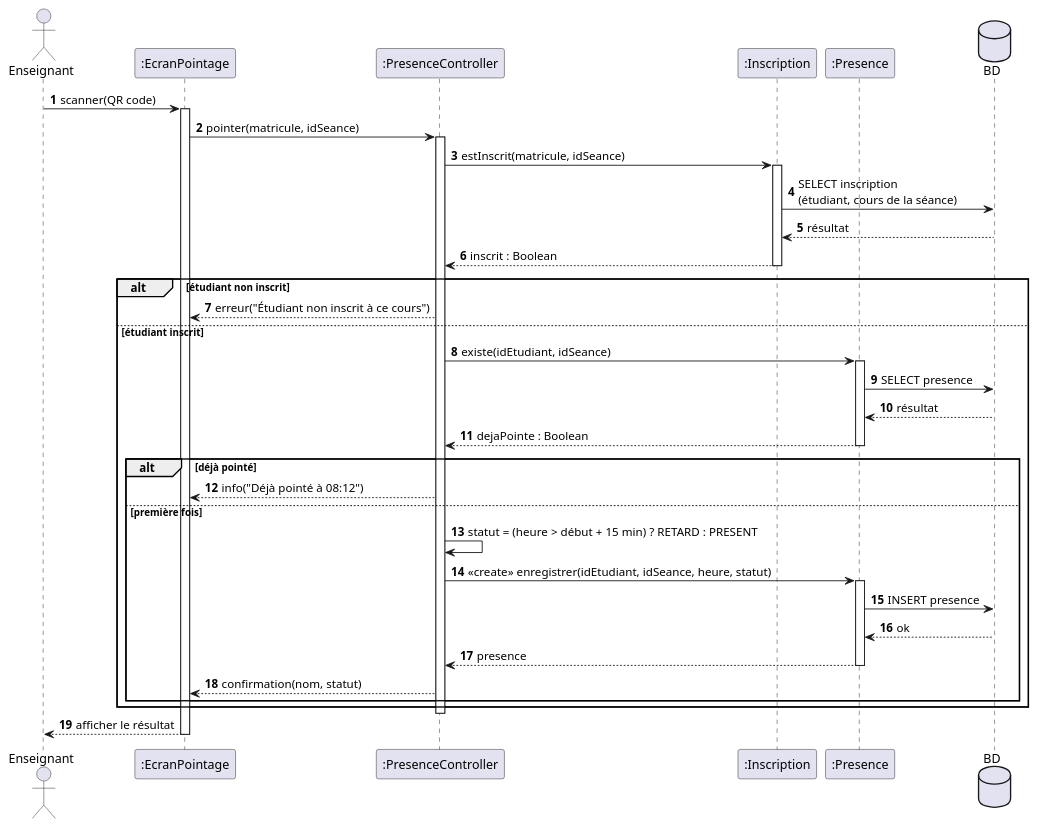
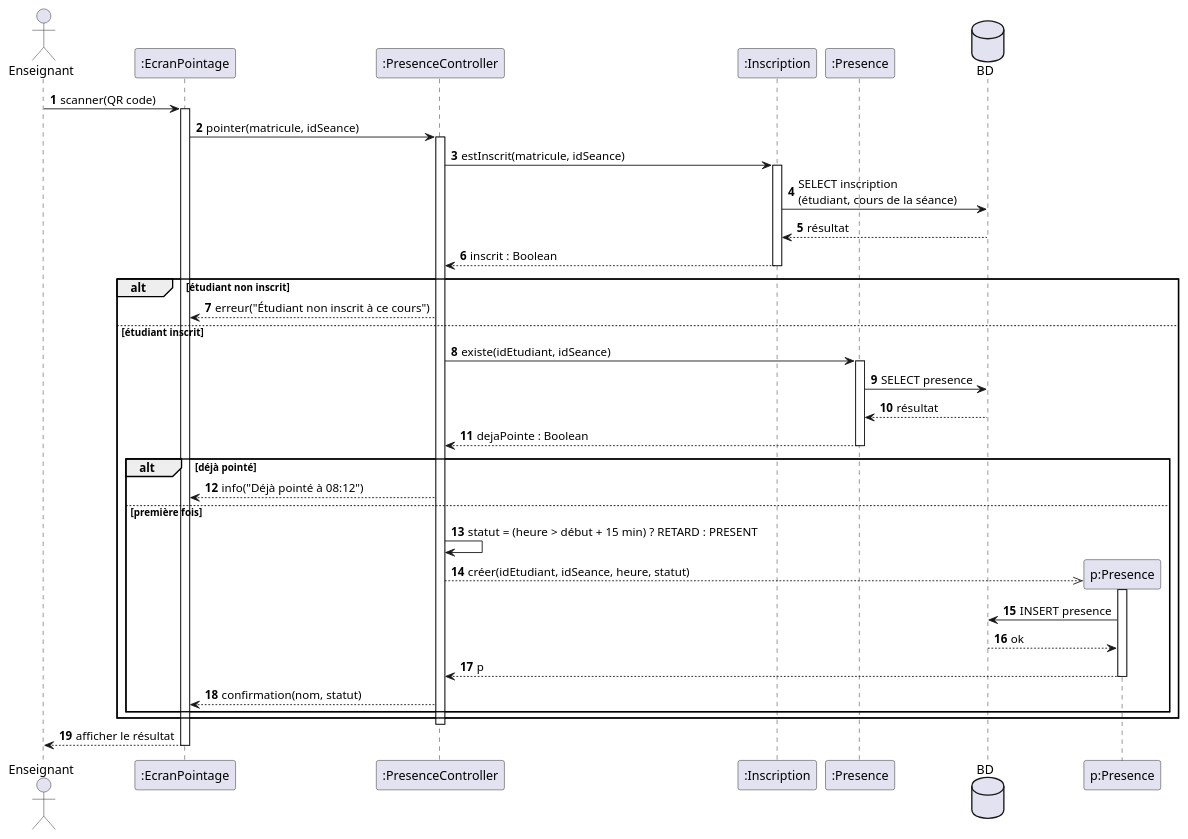
The third of 6 diagrams in plugins/dev-memoire-kit/skills/redaction-memoire/assets/uml-exemple-pointage.md (cheikh2108/dev-memoire-kit), drawn with PlantUML before and after one commit. The commit also changed 5 other files, not shown here.

Commit message:
docs(uml): alignement sur la norme UML 2.5.1 (v1.8.0)

````diff
--- a/plugins/dev-memoire-kit/skills/redaction-memoire/assets/uml-exemple-pointage.md
+++ b/plugins/dev-memoire-kit/skills/redaction-memoire/assets/uml-exemple-pointage.md
@@ -187,49 +187,50 @@
 ```plantuml
 @startuml
 skinparam shadowing false
 autonumber
 actor Enseignant as E
 participant ":EcranPointage" as V
 participant ":PresenceController" as C
 participant ":Inscription" as I
 participant ":Presence" as P
 database "BD" as DB
 
 E -> V : scanner(QR code)
 activate V
 V -> C : pointer(matricule, idSeance)
 activate C
 C -> I : estInscrit(matricule, idSeance)
 activate I
 I -> DB : SELECT inscription\n(étudiant, cours de la séance)
 DB --> I : résultat
 I --> C : inscrit : Boolean
 deactivate I
 
 alt étudiant non inscrit
   C --> V : erreur("Étudiant non inscrit à ce cours")
 else étudiant inscrit
   C -> P : existe(idEtudiant, idSeance)
   activate P
   P -> DB : SELECT presence
   DB --> P : résultat
   P --> C : dejaPointe : Boolean
   deactivate P
   alt déjà pointé
     C --> V : info("Déjà pointé à 08:12")
   else première fois
     C -> C : statut = (heure > début + 15 min) ? RETARD : PRESENT
-    C -> P : <<create>> enregistrer(idEtudiant, idSeance, heure, statut)
-    activate P
-    P -> DB : INSERT presence
-    DB --> P : ok
-    P --> C : presence
-    deactivate P
+    create participant "p:Presence" as NP
+    C -->> NP : créer(idEtudiant, idSeance, heure, statut)
+    activate NP
+    NP -> DB : INSERT presence
+    DB --> NP : ok
+    NP --> C : p
+    deactivate NP
     C --> V : confirmation(nom, statut)
   end
 end
 deactivate C
 V --> E : afficher le résultat
 deactivate V
 @enduml
 ```
````
